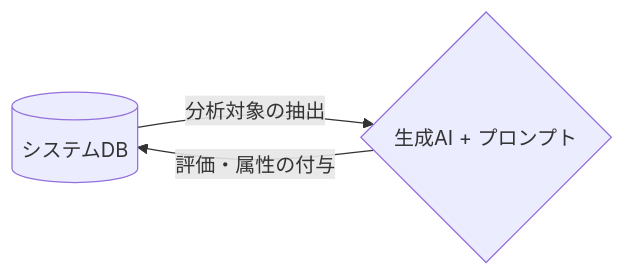
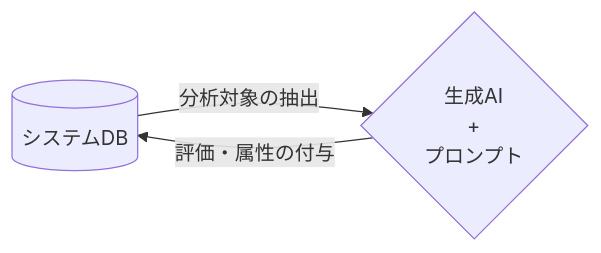
The first of 5 diagrams in bigquery-ai-generate/bigquery-ai-generate.md (1210yuichi0/slides), drawn with Mermaid before and after one commit. The commit also changed other lines of this file and 2 other files, not shown here.

First line of the commit message:
fix: Mermaidダイアグラムのスタイル改善

```diff
--- a/bigquery-ai-generate/bigquery-ai-generate.md
+++ b/bigquery-ai-generate/bigquery-ai-generate.md
@@ -81,7 +81,9 @@
 <pre class="mermaid">
 flowchart LR
     DB[(システムDB)]
-    AI{生成AI + プロンプト}
+    AI{生成AI
+    +
+    プロンプト}
     DB -->|分析対象の抽出|AI
     AI -->|評価・属性の付与|DB
 </pre>
```
